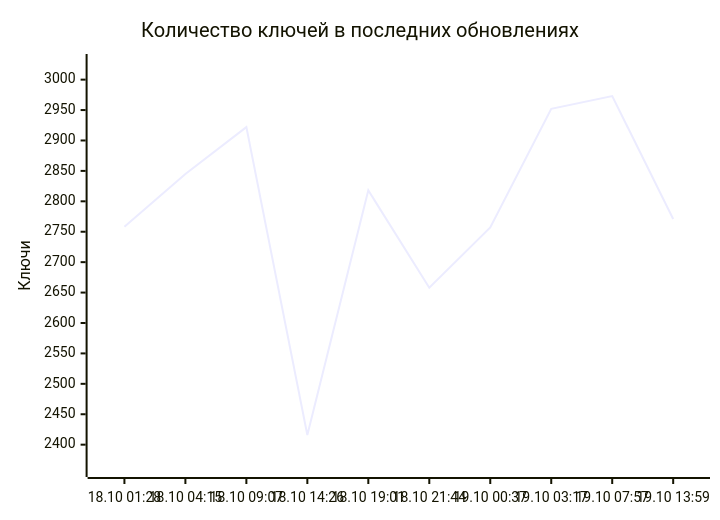
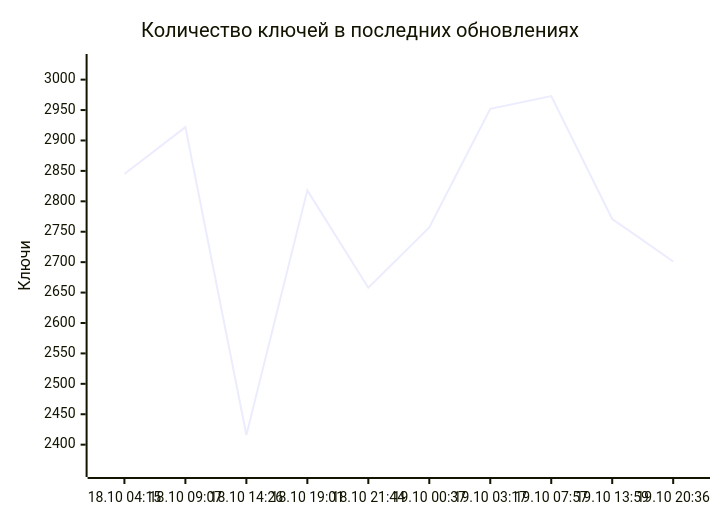
The diagram in README.md (markKikhtenko/WireVeil), drawn with Mermaid before and after one commit. The commit also changed other lines of this file and 12 other files, not shown here.

````diff
--- a/README.md
+++ b/README.md
@@ -55,7 +55,7 @@
 ```mermaid
 xychart-beta
     title "Количество ключей в последних обновлениях"
-    x-axis ["18.10 01:28", "18.10 04:15", "18.10 09:07", "18.10 14:26", "18.10 19:01", "18.10 21:44", "19.10 00:37", "19.10 03:17", "19.10 07:57", "19.10 13:59"]
+    x-axis ["18.10 04:15", "18.10 09:07", "18.10 14:26", "18.10 19:01", "18.10 21:44", "19.10 00:37", "19.10 03:17", "19.10 07:57", "19.10 13:59", "19.10 20:36"]
     y-axis "Ключи" 2360 --> 3029
-    line [2758, 2845, 2922, 2416, 2818, 2658, 2757, 2952, 2973, 2771]
+    line [2845, 2922, 2416, 2818, 2658, 2757, 2952, 2973, 2771, 2701]
 ```
````
